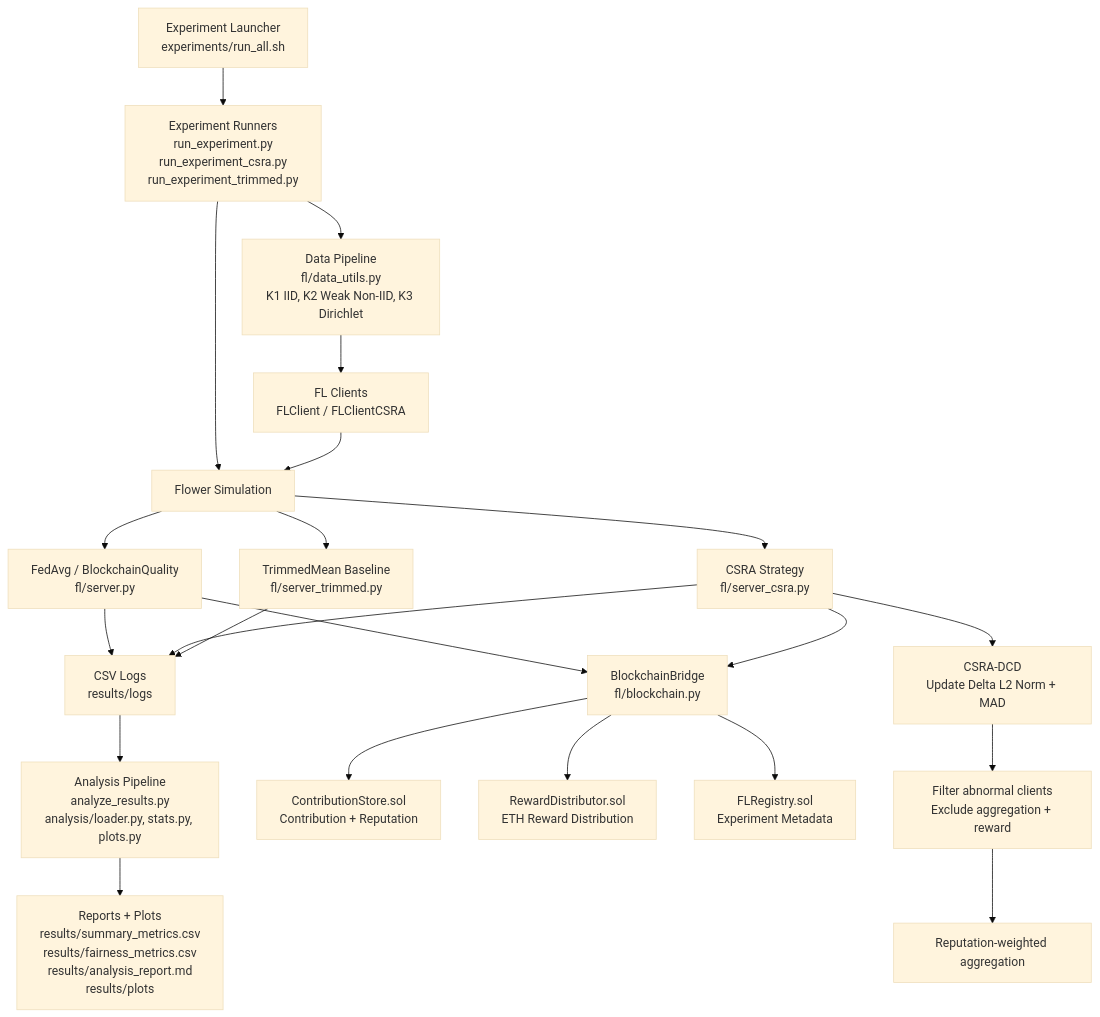
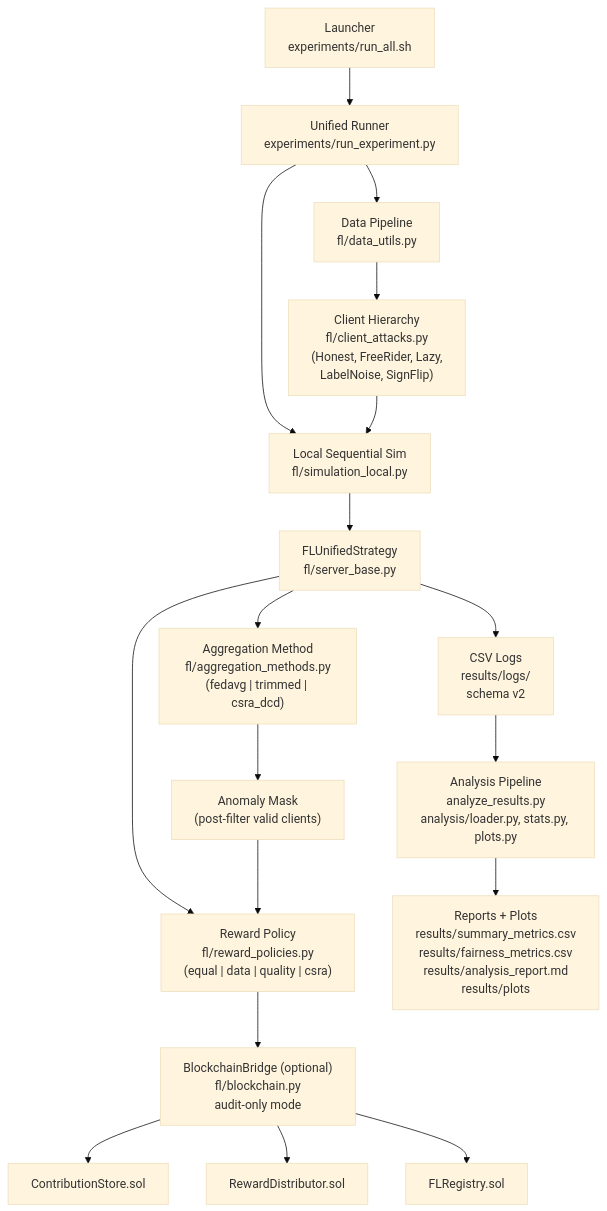
One commit to PhanHongDatt/DACN changed the diagram in README.md. Above: the diagram before and after it, drawn with Mermaid (base theme). The commit also changed other lines of this file and 19 other files, not shown here.

First line of the commit message:
refactor: unified reward policy ablation pipeline (schema v2)

````diff
--- a/README.md
+++ b/README.md
@@ -21,32 +31,29 @@
 ```mermaid
 flowchart TB
-    CLI["Experiment Launcher<br/>experiments/run_all.sh"] --> Runners["Experiment Runners<br/>run_experiment.py<br/>run_experiment_csra.py<br/>run_experiment_trimmed.py"]
+    CLI["Launcher<br/>experiments/run_all.sh"] --> Runner["Unified Runner<br/>experiments/run_experiment.py"]
 
-    Runners --> Data["Data Pipeline<br/>fl/data_utils.py<br/>K1 IID, K2 Weak Non-IID, K3 Dirichlet"]
-    Runners --> Sim["Flower Simulation"]
+    Runner --> Data["Data Pipeline<br/>fl/data_utils.py"]
+    Runner --> Sim["Local Sequential Sim<br/>fl/simulation_local.py"]
 
-    Data --> Clients["FL Clients<br/>FLClient / FLClientCSRA"]
+    Data --> Clients["Client Hierarchy<br/>fl/client_attacks.py<br/>(Honest, FreeRider, Lazy,<br/>LabelNoise, SignFlip)"]
     Clients --> Sim
 
-    Sim --> FedAvg["FedAvg / BlockchainQuality<br/>fl/server.py"]
-    Sim --> CSRA["CSRA Strategy<br/>fl/server_csra.py"]
-    Sim --> Trimmed["TrimmedMean Baseline<br/>fl/server_trimmed.py"]
+    Sim --> Strategy["FLUnifiedStrategy<br/>fl/server_base.py"]
 
-    CSRA --> DCD["CSRA-DCD<br/>Update Delta L2 Norm + MAD"]
-    DCD --> Filter["Filter abnormal clients<br/>Exclude aggregation + reward"]
-    Filter --> RWA["Reputation-weighted aggregation"]
+    Strategy --> Agg["Aggregation Method<br/>fl/aggregation_methods.py<br/>(fedavg | trimmed | csra_dcd)"]
+    Strategy --> Reward["Reward Policy<br/>fl/reward_policies.py<br/>(equal | data | quality | csra)"]
 
-    FedAvg --> Bridge["BlockchainBridge<br/>fl/blockchain.py"]
-    CSRA --> Bridge
+    Agg --> Filter["Anomaly Mask<br/>(post-filter valid clients)"]
+    Filter --> Reward
 
-    Bridge --> Store["ContributionStore.sol<br/>Contribution + Reputation"]
-    Bridge --> Reward["RewardDistributor.sol<br/>ETH Reward Distribution"]
-    Bridge --> Registry["FLRegistry.sol<br/>Experiment Metadata"]
+    Reward --> Bridge["BlockchainBridge (optional)<br/>fl/blockchain.py<br/>audit-only mode"]
 
-    FedAvg --> Logs["CSV Logs<br/>results/logs"]
-    CSRA --> Logs
-    Trimmed --> Logs
+    Bridge --> Store["ContributionStore.sol"]
+    Bridge --> RewardC["RewardDistributor.sol"]
+    Bridge --> Registry["FLRegistry.sol"]
+
+    Strategy --> Logs["CSV Logs<br/>results/logs/<br/>schema v2"]
 
     Logs --> Analysis["Analysis Pipeline<br/>analyze_results.py<br/>analysis/loader.py, stats.py, plots.py"]
     Analysis --> Outputs["Reports + Plots<br/>results/summary_metrics.csv<br/>results/fairness_metrics.csv<br/>results/analysis_report.md<br/>results/plots"]
 ```
````
